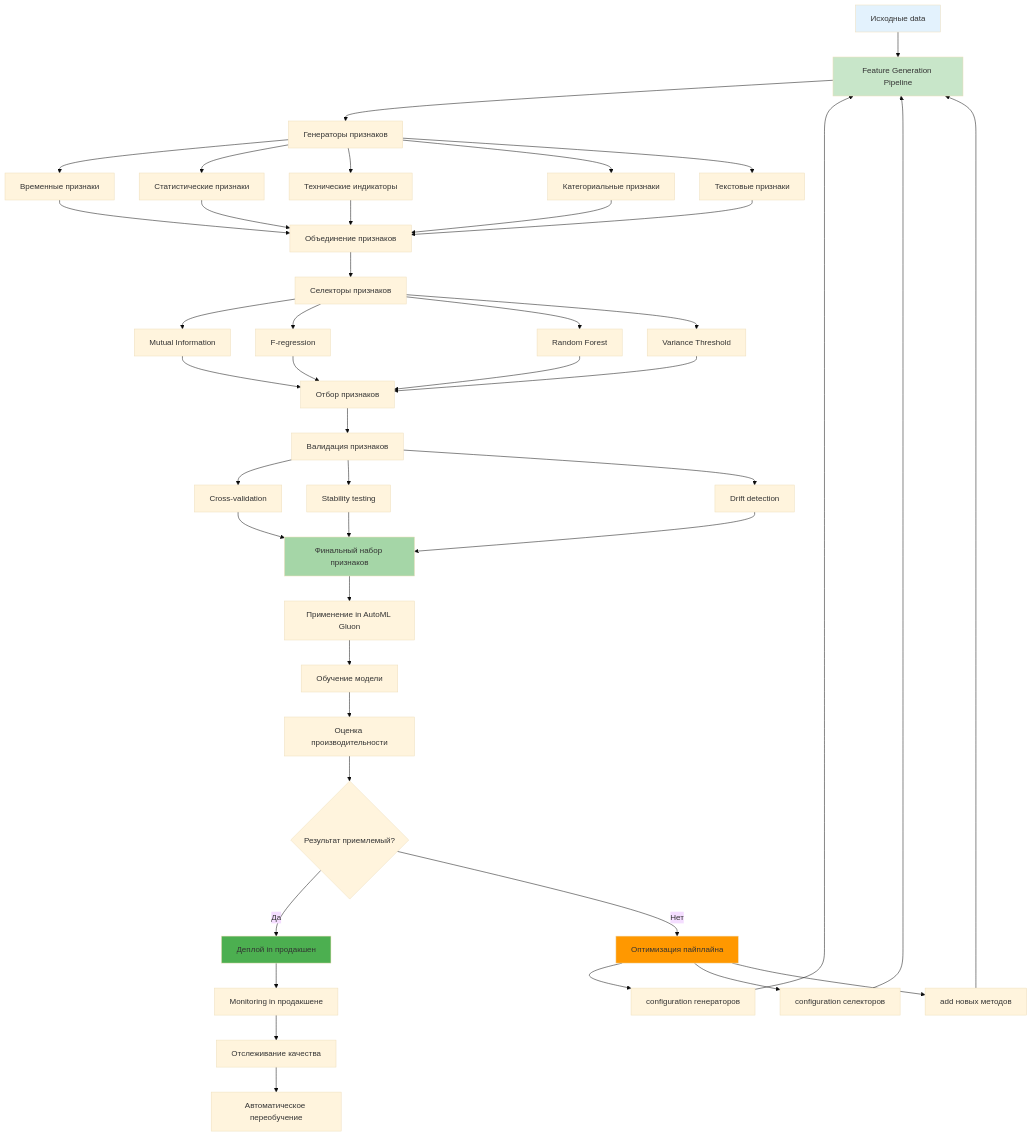
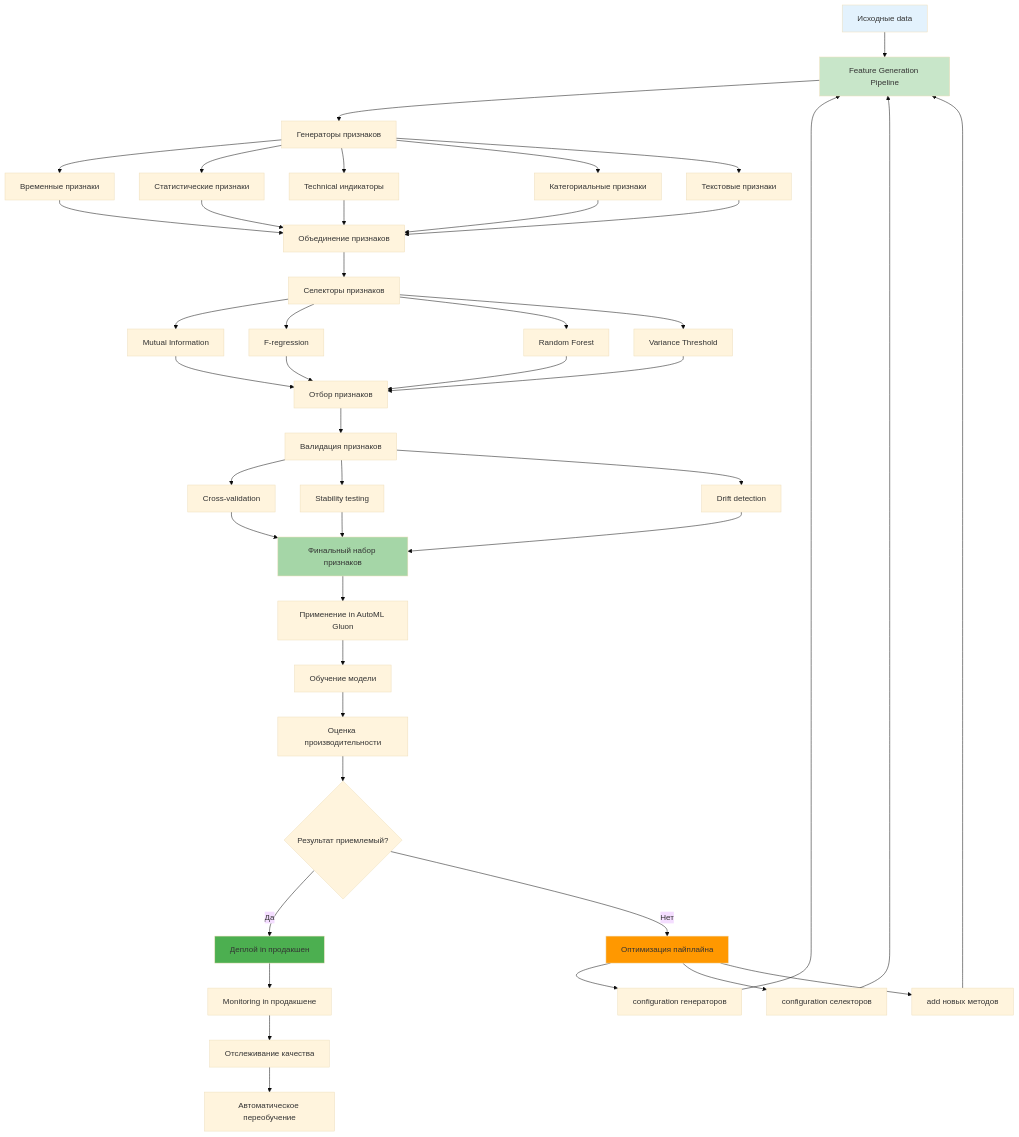
One commit to NeoZorK/neozork-hld-prediction changed the ninth of 9 diagrams in docs/automl/gluon/28_feature_generation_advanced.md. Above: the diagram before and after it, drawn with Mermaid (base theme). The commit also changed other lines of this file and 104 other files, not shown here.

````diff
--- a/docs/automl/gluon/28_feature_generation_advanced.md
+++ b/docs/automl/gluon/28_feature_generation_advanced.md
@@ -2054,63 +2054,63 @@
 ```mermaid
 graph TD
  A[Исходные data] --> B[Feature Generation Pipeline]
 
  B --> C[Генераторы признаков]
  C --> D[Временные признаки]
  C --> E[Статистические признаки]
- C --> F[Технические индикаторы]
+ C --> F[Technical индикаторы]
  C --> G[Категориальные признаки]
  C --> H[Текстовые признаки]
 
  D --> I[Объединение признаков]
  E --> I
  F --> I
  G --> I
  H --> I
 
  I --> J[Селекторы признаков]
  J --> K[Mutual Information]
  J --> L[F-regression]
  J --> M[Random Forest]
  J --> N[Variance Threshold]
 
  K --> O[Отбор признаков]
  L --> O
  M --> O
  N --> O
 
  O --> P[Валидация признаков]
  P --> Q[Cross-validation]
  P --> R[Stability testing]
  P --> S[Drift detection]
 
  Q --> T[Финальный набор признаков]
  R --> T
  S --> T
 
  T --> U[Применение in AutoML Gluon]
  U --> V[Обучение модели]
  V --> W[Оценка производительности]
 
  W --> X{Результат приемлемый?}
  X -->|Да| Y[Деплой in продакшен]
  X -->|Нет| Z[Оптимизация пайплайна]
 
  Z --> AA[configuration генераторов]
  Z --> BB[configuration селекторов]
  Z --> CC[add новых методов]
 
  AA --> B
  BB --> B
  CC --> B
 
  Y --> DD[Monitoring in продакшене]
  DD --> EE[Отслеживание качества]
  EE --> FF[Автоматическое переобучение]
 
  style A fill:#e3f2fd
  style B fill:#c8e6c9
  style T fill:#a5d6a7
  style Y fill:#4caf50
  style Z fill:#ff9800
 ```
````
